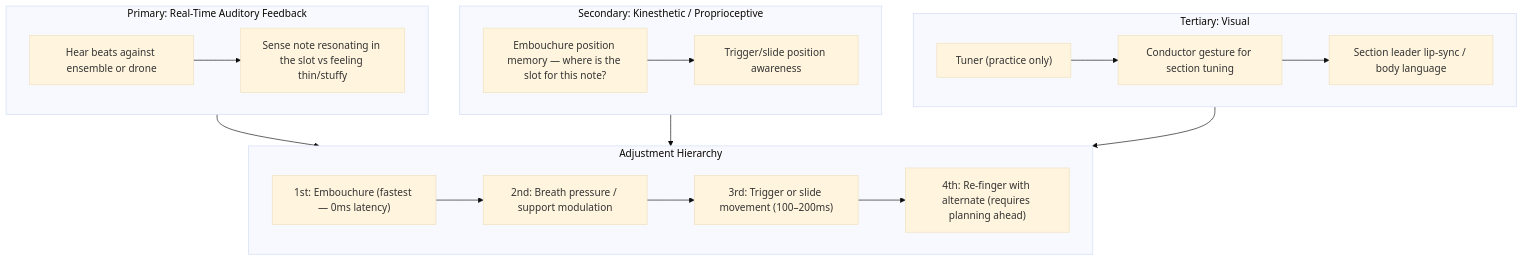
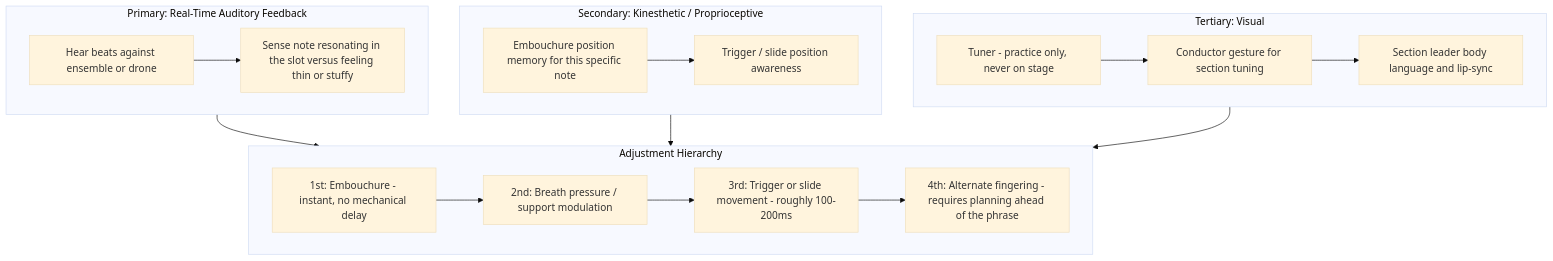
The third of 4 diagrams in topics/arts/music_performance/brass/lesson_03_intonation_and_tuning.md (blebleblee/synapse), drawn with Mermaid (base theme) before and after one commit. The commit also changed other lines of this file and 4 other files, not shown here.

````diff
--- a/topics/arts/music_performance/brass/lesson_03_intonation_and_tuning.md
+++ b/topics/arts/music_performance/brass/lesson_03_intonation_and_tuning.md
@@ -371,33 +365,33 @@
 ```mermaid
 graph TD
     subgraph sub_primary ["Primary: Real-Time Auditory Feedback"]
         P1["Hear beats against ensemble or drone"]
-        P2["Sense note resonating in the slot vs feeling thin/stuffy"]
+        P2["Sense note resonating in the slot versus feeling thin or stuffy"]
         P1 --> P2
     end
 
     subgraph sub_secondary ["Secondary: Kinesthetic / Proprioceptive"]
-        K1["Embouchure position memory — where is the slot for this note?"]
-        K2["Trigger/slide position awareness"]
+        K1["Embouchure position memory for this specific note"]
+        K2["Trigger / slide position awareness"]
         K1 --> K2
     end
 
     subgraph sub_tertiary ["Tertiary: Visual"]
-        V1["Tuner (practice only)"]
+        V1["Tuner - practice only, never on stage"]
         V2["Conductor gesture for section tuning"]
-        V3["Section leader lip-sync / body language"]
+        V3["Section leader body language and lip-sync"]
         V1 --> V2 --> V3
     end
 
     subgraph sub_adjust ["Adjustment Hierarchy"]
-        A1["1st: Embouchure (fastest — 0ms latency)"]
+        A1["1st: Embouchure - instant, no mechanical delay"]
         A2["2nd: Breath pressure / support modulation"]
-        A3["3rd: Trigger or slide movement (100–200ms)"]
-        A4["4th: Re-finger with alternate (requires planning ahead)"]
+        A3["3rd: Trigger or slide movement - roughly 100-200ms"]
+        A4["4th: Alternate fingering - requires planning ahead of the phrase"]
         A1 --> A2 --> A3 --> A4
     end
 
     sub_primary --> sub_adjust
     sub_secondary --> sub_adjust
     sub_tertiary --> sub_adjust
 ```
````
